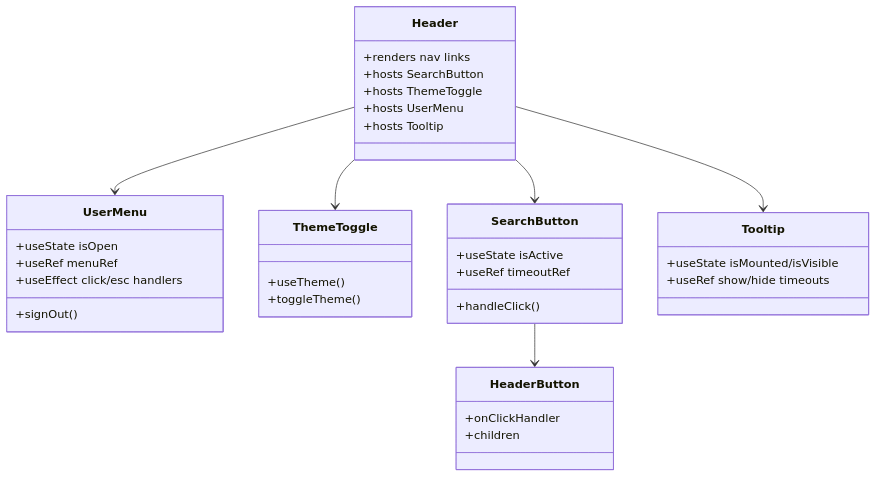
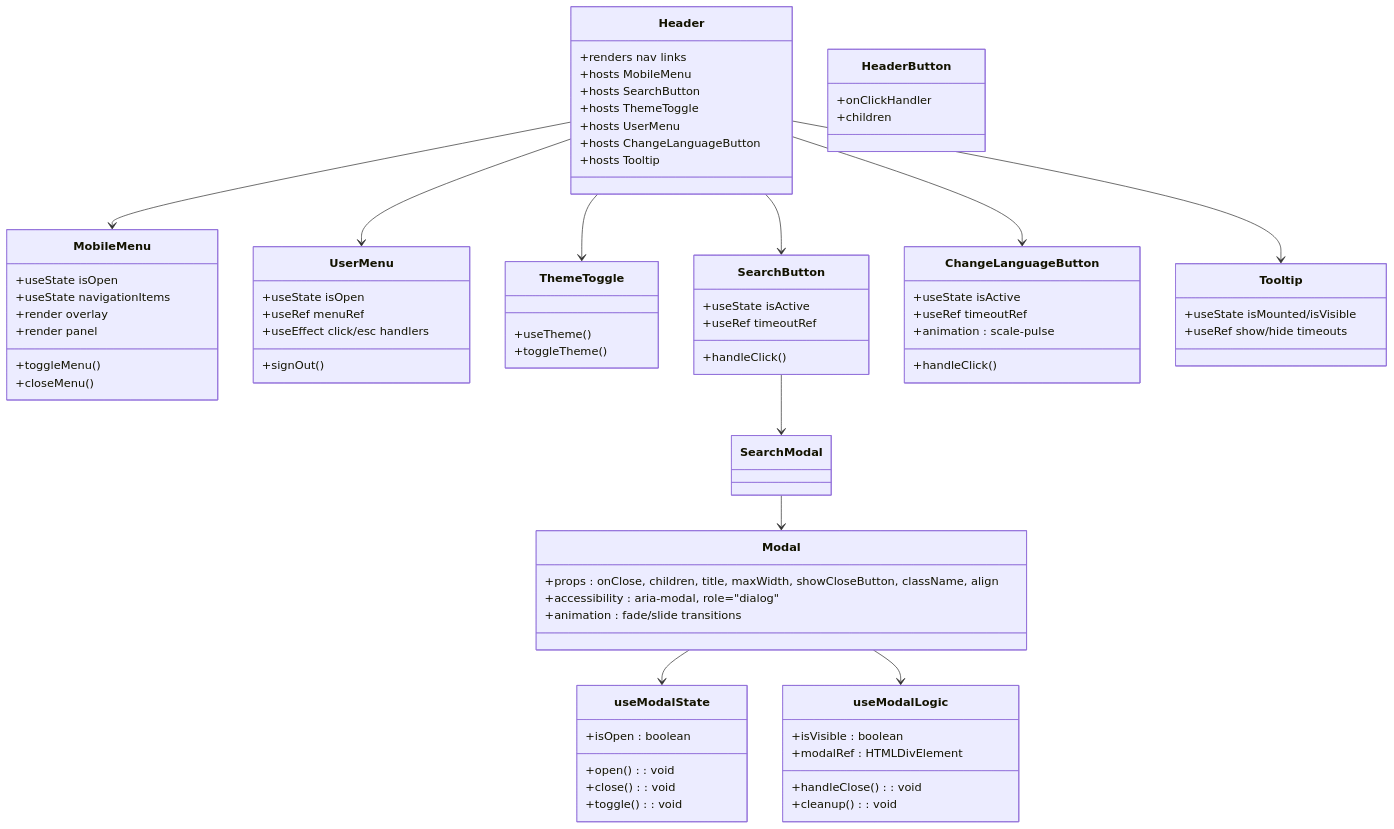
Before and after one commit to AlexKutz/math-app-next-js: the eighth of 12 diagrams in .qoder/repowiki/en/content/Architecture & Design/Component Hierarchy & UI Architecture.md, drawn with Mermaid. The commit also changed other lines of this file and 125 other files, not shown here.

````diff
--- a/.qoder/repowiki/en/content/Architecture & Design/Component Hierarchy & UI Architecture.md
+++ b/.qoder/repowiki/en/content/Architecture & Design/Component Hierarchy & UI Architecture.md
@@ -195,38 +457,76 @@
 ```mermaid
 classDiagram
 class Header {
 +renders nav links
++hosts MobileMenu
 +hosts SearchButton
 +hosts ThemeToggle
 +hosts UserMenu
++hosts ChangeLanguageButton
 +hosts Tooltip
+}
+class MobileMenu {
++useState isOpen
++useState navigationItems
++toggleMenu()
++closeMenu()
++render overlay
++render panel
 }
 class UserMenu {
 +useState isOpen
 +useRef menuRef
 +useEffect click/esc handlers
 +signOut()
 }
 class ThemeToggle {
 +useTheme()
 +toggleTheme()
 }
 class SearchButton {
 +useState isActive
 +useRef timeoutRef
 +handleClick()
 }
+class ChangeLanguageButton {
++useState isActive
++useRef timeoutRef
++handleClick()
++animation : scale-pulse
+}
 class HeaderButton {
 +onClickHandler
 +children
 }
 class Tooltip {
 +useState isMounted/isVisible
 +useRef show/hide timeouts
 }
+class Modal {
++props : onClose, children, title, maxWidth, showCloseButton, className, align
++accessibility : aria-modal, role="dialog"
++animation : fade/slide transitions
+}
+class useModalState {
++isOpen : boolean
++open() : void
++close() : void
++toggle() : void
+}
+class useModalLogic {
++isVisible : boolean
++modalRef : HTMLDivElement
++handleClose() : void
++cleanup() : void
+}
+Header --> MobileMenu
 Header --> UserMenu
 Header --> ThemeToggle
 Header --> SearchButton
+Header --> ChangeLanguageButton
 Header --> Tooltip
-SearchButton --> HeaderButton
+SearchButton --> SearchModal
+SearchModal --> Modal
+Modal --> useModalState
+Modal --> useModalLogic
 ```
````
